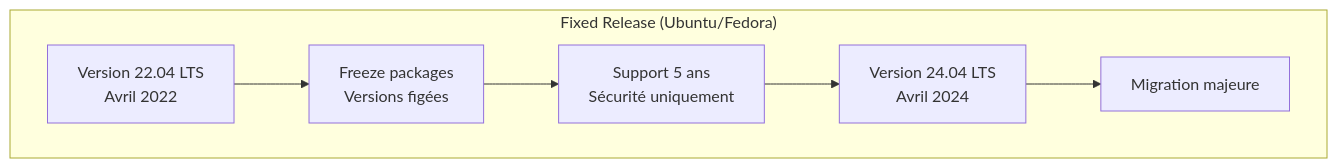
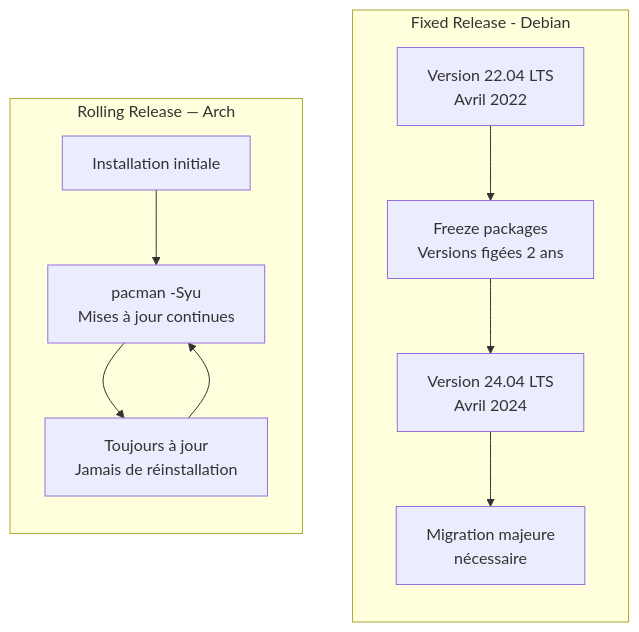
The first of 3 diagrams in docs/bases/paquets/pacman-arch.md (zyrass/omnydocs), drawn with Mermaid before and after one commit. The commit also changed other lines of this file and 671 other files, not shown here.

````diff
--- a/docs/bases/paquets/pacman-arch.md
+++ b/docs/bases/paquets/pacman-arch.md
@@ -77,15 +57,25 @@
 ```mermaid
-graph TB
-    subgraph "Fixed Release (Ubuntu/Fedora)"
-        A1[Version 22.04 LTS<br/>Avril 2022]
-        A2[Freeze packages<br/>Versions figées]
-        A3[Support 5 ans<br/>Sécurité uniquement]
-        A4[Version 24.04 LTS<br/>Avril 2024]
-        A5[Migration majeure]
-        
+flowchart TB
+    subgraph "Fixed Release - Debian"
+        direction TB
+        A1["Version 22.04 LTS<br />Avril 2022"]
+        A2["Freeze packages<br />Versions figées 2 ans"]
+        A3["Version 24.04 LTS<br />Avril 2024"]
+        A4["Migration majeure<br />nécessaire"]
+
         A1 --> A2
         A2 --> A3
         A3 --> A4
-        A4 --> A5
+    end
+
+    subgraph "Rolling Release — Arch"
+        direction TB
+        B1["Installation initiale"]
+        B2["pacman -Syu<br />Mises à jour continues"]
+        B3["Toujours à jour<br />Jamais de réinstallation"]
+
+        B1 --> B2
+        B2 --> B3
+        B3 --> B2
     end
 ```
````
